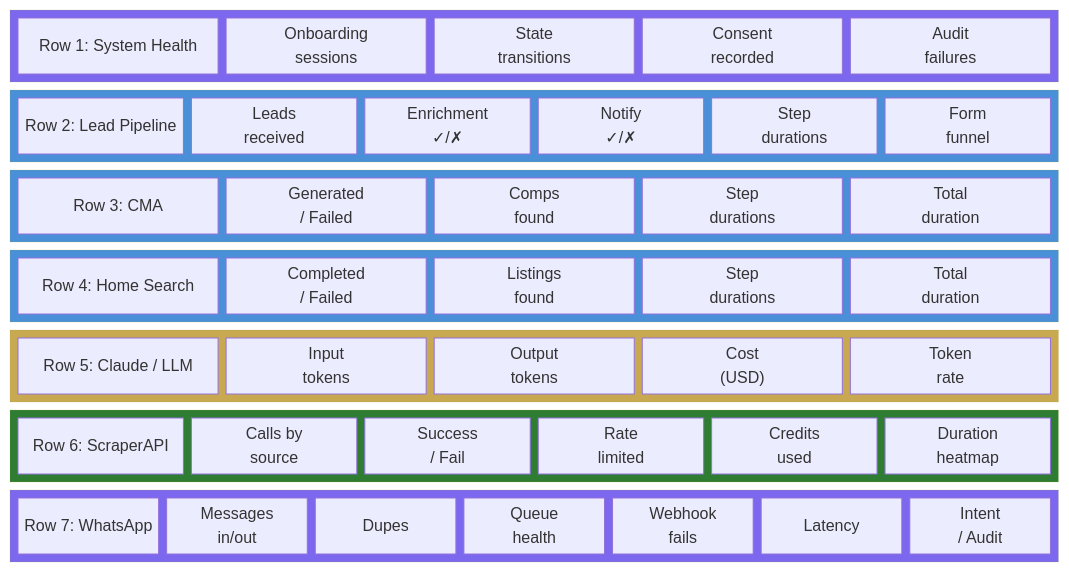
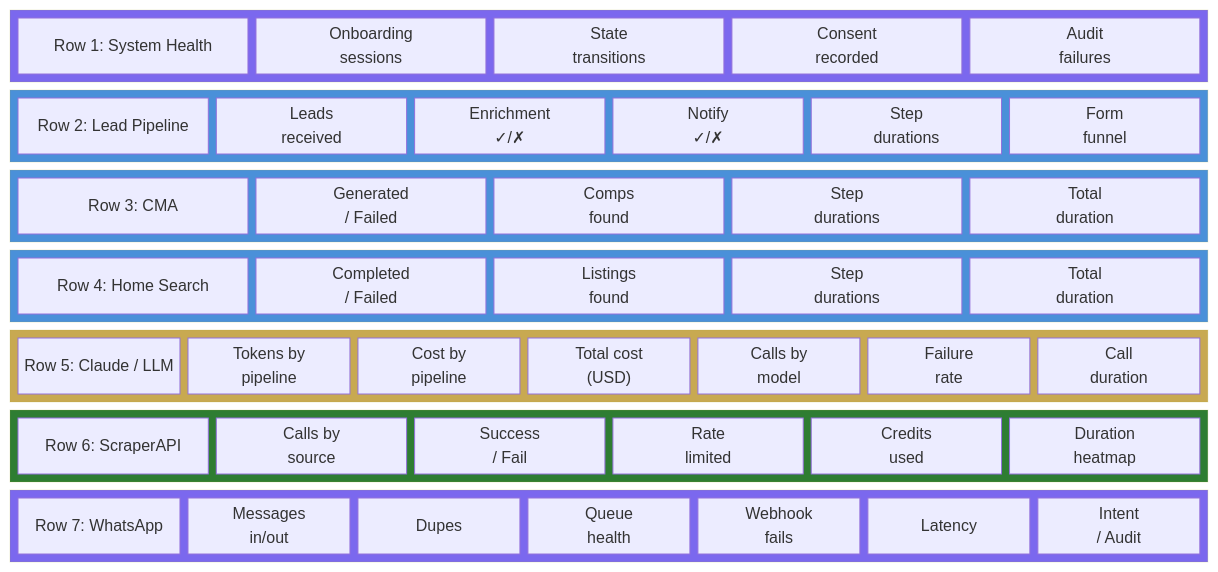
One commit to edward-rosado/jenisesells-website changed the fifth of 5 diagrams in docs/superpowers/specs/2026-03-23-api-observability-dashboard-design.md. Above: the diagram before and after it, drawn with Mermaid. The commit also changed other lines of this file, not shown here.

First line of the commit message:
docs: add centralized Claude token tracking to observability spec

````diff
--- a/docs/superpowers/specs/2026-03-23-api-observability-dashboard-design.md
+++ b/docs/superpowers/specs/2026-03-23-api-observability-dashboard-design.md
@@ -341,79 +479,81 @@
 ```mermaid
 block-beta
     columns 5
 
     block:row1:5
         columns 5
         r1["Row 1: System Health"]
         r1a["Onboarding\nsessions"]
         r1b["State\ntransitions"]
         r1c["Consent\nrecorded"]
         r1d["Audit\nfailures"]
     end
 
     block:row2:5
         columns 6
         r2["Row 2: Lead Pipeline"]
         r2a["Leads\nreceived"]
         r2b["Enrichment\n✓/✗"]
         r2c["Notify\n✓/✗"]
         r2d["Step\ndurations"]
         r2e["Form\nfunnel"]
     end
 
     block:row3:5
         columns 5
         r3["Row 3: CMA"]
         r3a["Generated\n/ Failed"]
         r3b["Comps\nfound"]
         r3c["Step\ndurations"]
         r3d["Total\nduration"]
     end
 
     block:row4:5
         columns 5
         r4["Row 4: Home Search"]
         r4a["Completed\n/ Failed"]
         r4b["Listings\nfound"]
         r4c["Step\ndurations"]
         r4d["Total\nduration"]
     end
 
     block:row5:5
-        columns 5
+        columns 7
         r5["Row 5: Claude / LLM"]
-        r5a["Input\ntokens"]
-        r5b["Output\ntokens"]
-        r5c["Cost\n(USD)"]
-        r5d["Token\nrate"]
+        r5a["Tokens by\npipeline"]
+        r5b["Cost by\npipeline"]
+        r5c["Total cost\n(USD)"]
+        r5d["Calls by\nmodel"]
+        r5e["Failure\nrate"]
+        r5f["Call\nduration"]
     end
 
     block:row6:5
         columns 6
         r6["Row 6: ScraperAPI"]
         r6a["Calls by\nsource"]
         r6b["Success\n/ Fail"]
         r6c["Rate\nlimited"]
         r6d["Credits\nused"]
         r6e["Duration\nheatmap"]
     end
 
     block:row7:5
         columns 7
         r7["Row 7: WhatsApp"]
         r7a["Messages\nin/out"]
         r7b["Dupes"]
         r7c["Queue\nhealth"]
         r7d["Webhook\nfails"]
         r7e["Latency"]
         r7f["Intent\n/ Audit"]
     end
 
     style row1 fill:#7B68EE,color:#fff
     style row2 fill:#4A90D9,color:#fff
     style row3 fill:#4A90D9,color:#fff
     style row4 fill:#4A90D9,color:#fff
     style row5 fill:#C8A951,color:#fff
     style row6 fill:#2E7D32,color:#fff
     style row7 fill:#7B68EE,color:#fff
 ```
````
